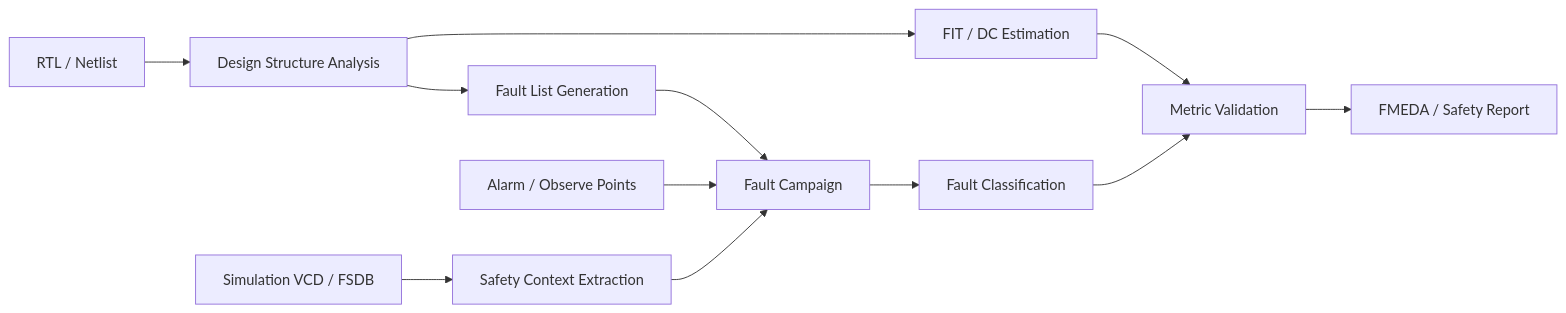
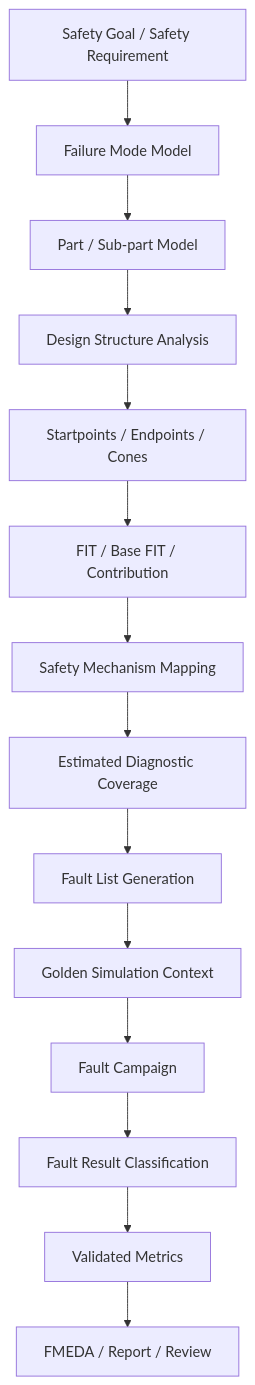
One commit to qiqixixi1001/automotive-safeic-practice changed the first of 8 diagrams in articles/01_automotive_safeic_practice_d01_github_en_revised.md. Above: the diagram before and after it, drawn with Mermaid. The commit also changed other lines of this file, not shown here.

````diff
--- a/articles/01_automotive_safeic_practice_d01_github_en_revised.md
+++ b/articles/01_automotive_safeic_practice_d01_github_en_revised.md
@@ -92,14 +149,16 @@
 ```mermaid
-flowchart LR
-    A[RTL / Netlist] --> B[Design Structure Analysis]
-    B --> C[FIT / DC Estimation]
-    B --> D[Fault List Generation]
-    E[Simulation VCD / FSDB] --> F[Safety Context Extraction]
-    D --> G[Fault Campaign]
-    F --> G
-    H[Alarm / Observe Points] --> G
-    G --> I[Fault Classification]
-    I --> J[Metric Validation]
-    C --> J
-    J --> K[FMEDA / Safety Report]
+flowchart TD
+    A[Safety Goal / Safety Requirement] --> B[Failure Mode Model]
+    B --> C[Part / Sub-part Model]
+    C --> D[Design Structure Analysis]
+    D --> E[Startpoints / Endpoints / Cones]
+    E --> F[FIT / Base FIT / Contribution]
+    F --> G[Safety Mechanism Mapping]
+    G --> H[Estimated Diagnostic Coverage]
+    H --> I[Fault List Generation]
+    I --> J[Golden Simulation Context]
+    J --> K[Fault Campaign]
+    K --> L[Fault Result Classification]
+    L --> M[Validated Metrics]
+    M --> N[FMEDA / Report / Review]
 ```
````
